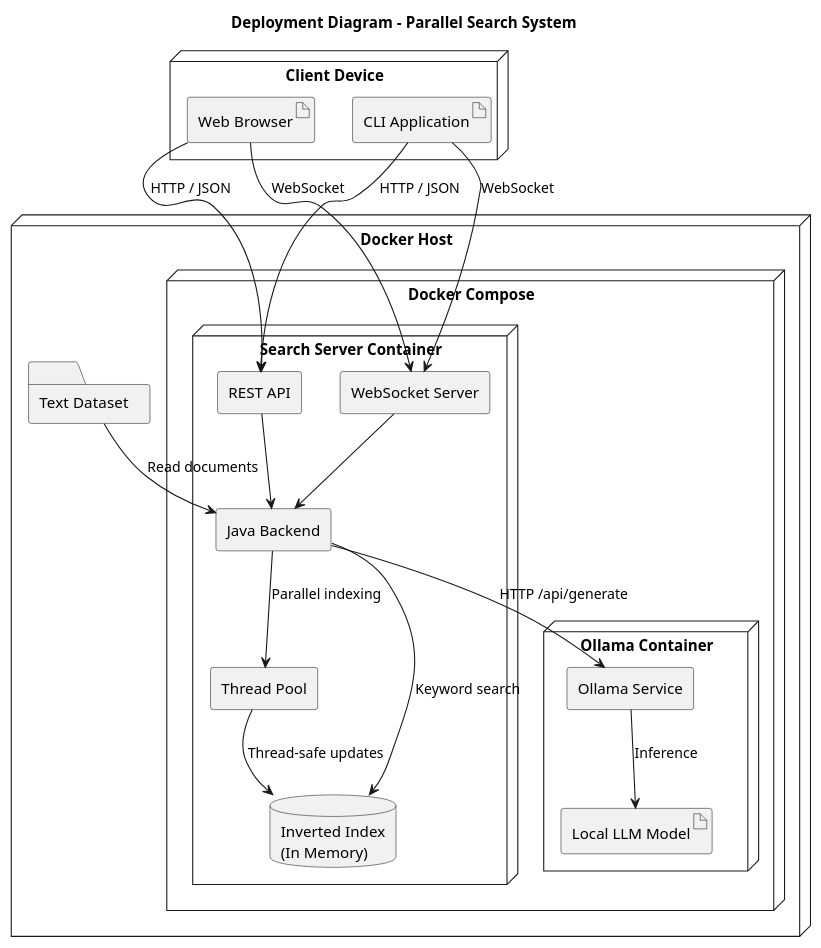
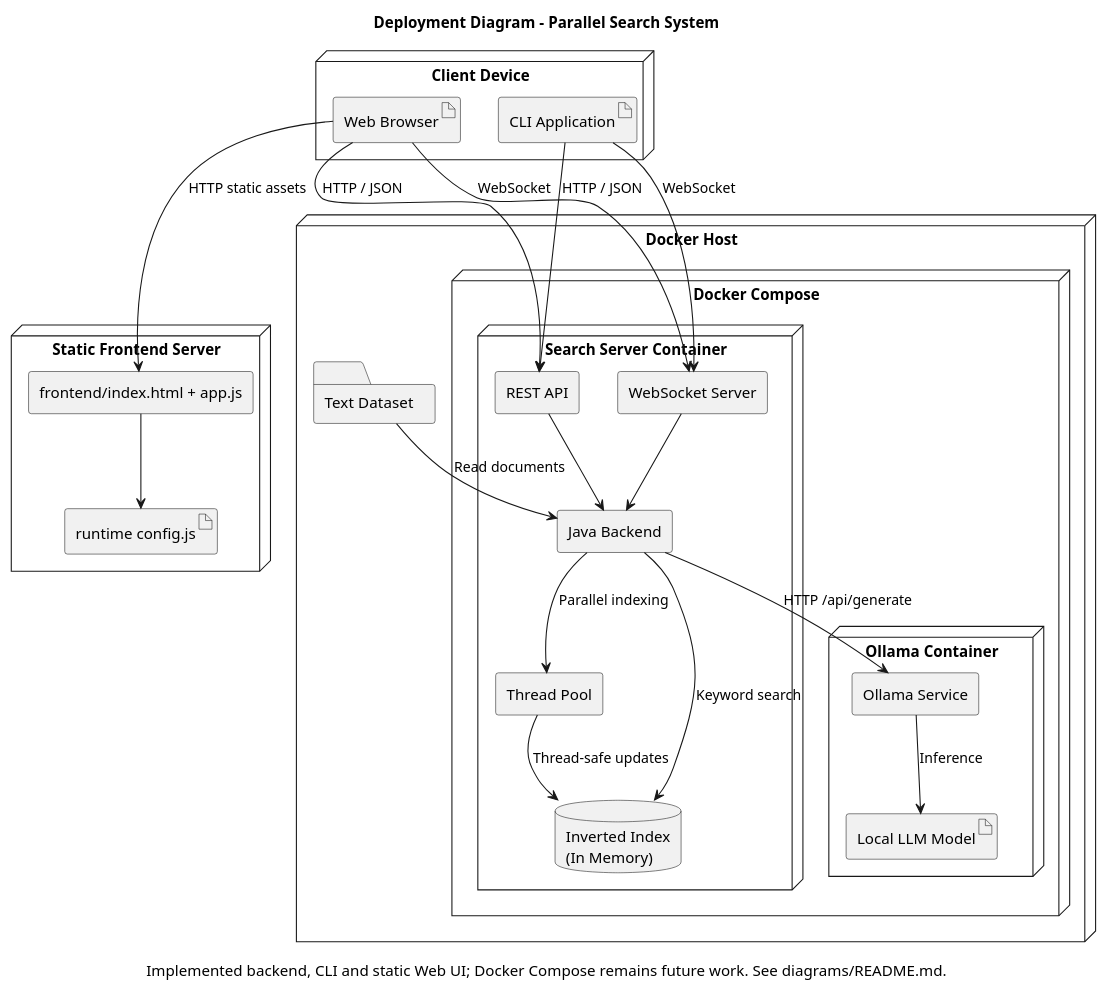
Before and after one commit to bebroidrur/Coursework_Parallel_Computing: the diagram in diagrams/deployment_diagram.puml, drawn with PlantUML. The commit also changed 153 other files, not shown here.

```diff
--- a/diagrams/deployment_diagram.puml
+++ b/diagrams/deployment_diagram.puml
@@ -1,49 +1,57 @@
 @startuml
+caption Implemented backend, CLI and static Web UI; Docker Compose remains future work. See diagrams/README.md.
 title Deployment Diagram - Parallel Search System
 
 skinparam shadowing false
 skinparam componentStyle rectangle
 
 node "Client Device" {
   artifact "Web Browser" as Browser
   artifact "CLI Application" as CLI
+}
+
+node "Static Frontend Server" {
+  component "frontend/index.html + app.js" as Frontend
+  artifact "runtime config.js" as FrontendConfig
 }
 
 node "Docker Host" {
 
   node "Docker Compose" {
 
     node "Search Server Container" {
       component "Java Backend" as Backend
       component "REST API" as REST
       component "WebSocket Server" as WS
       component "Thread Pool" as Pool
       database "Inverted Index\n(In Memory)" as Index
     }
 
     node "Ollama Container" {
       component "Ollama Service" as Ollama
       artifact "Local LLM Model" as Model
     }
 
   }
 
   folder "Text Dataset" as Dataset
 }
 
 Browser --> REST : HTTP / JSON
+Browser --> Frontend : HTTP static assets
+Frontend --> FrontendConfig
 CLI --> REST : HTTP / JSON
 Browser --> WS : WebSocket
 CLI --> WS : WebSocket
 
 REST --> Backend
 WS --> Backend
 
 Backend --> Pool : Parallel indexing
 Pool --> Index : Thread-safe updates
 Backend --> Index : Keyword search
 Backend --> Ollama : HTTP /api/generate
 Ollama --> Model : Inference
 
 Dataset --> Backend : Read documents
 @enduml
```
